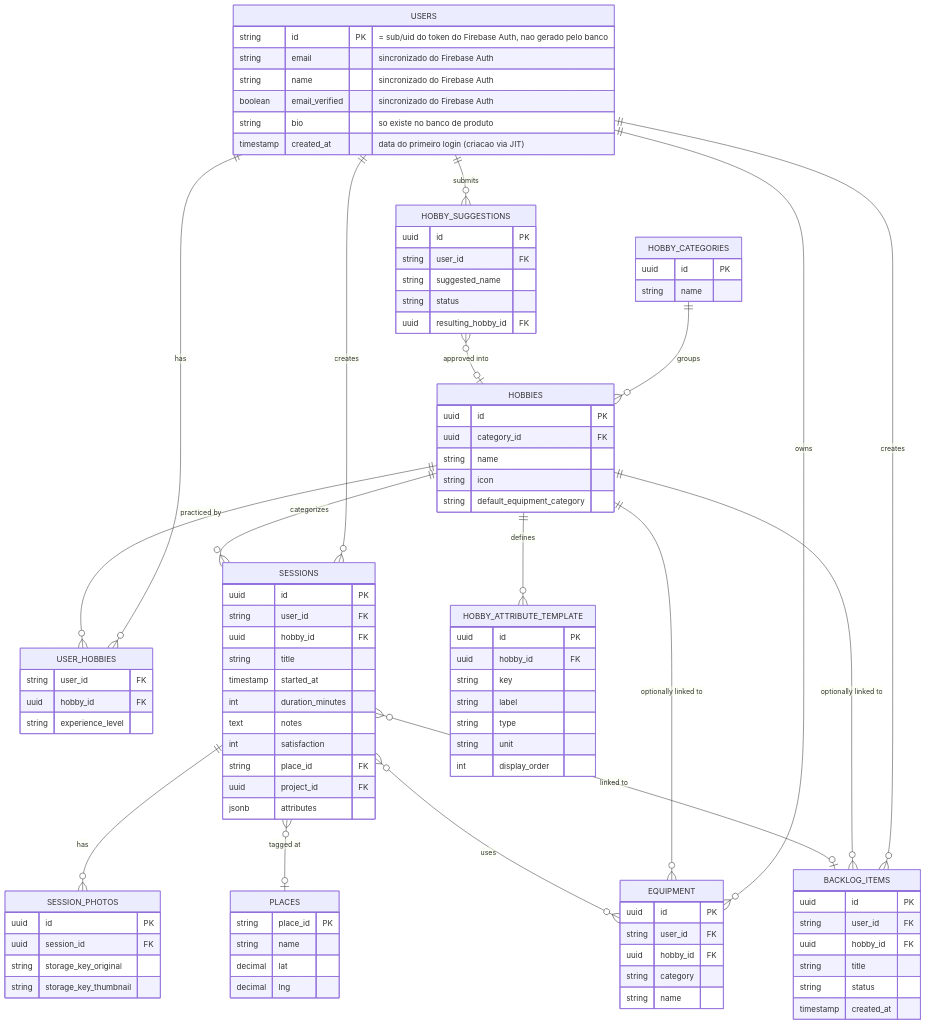
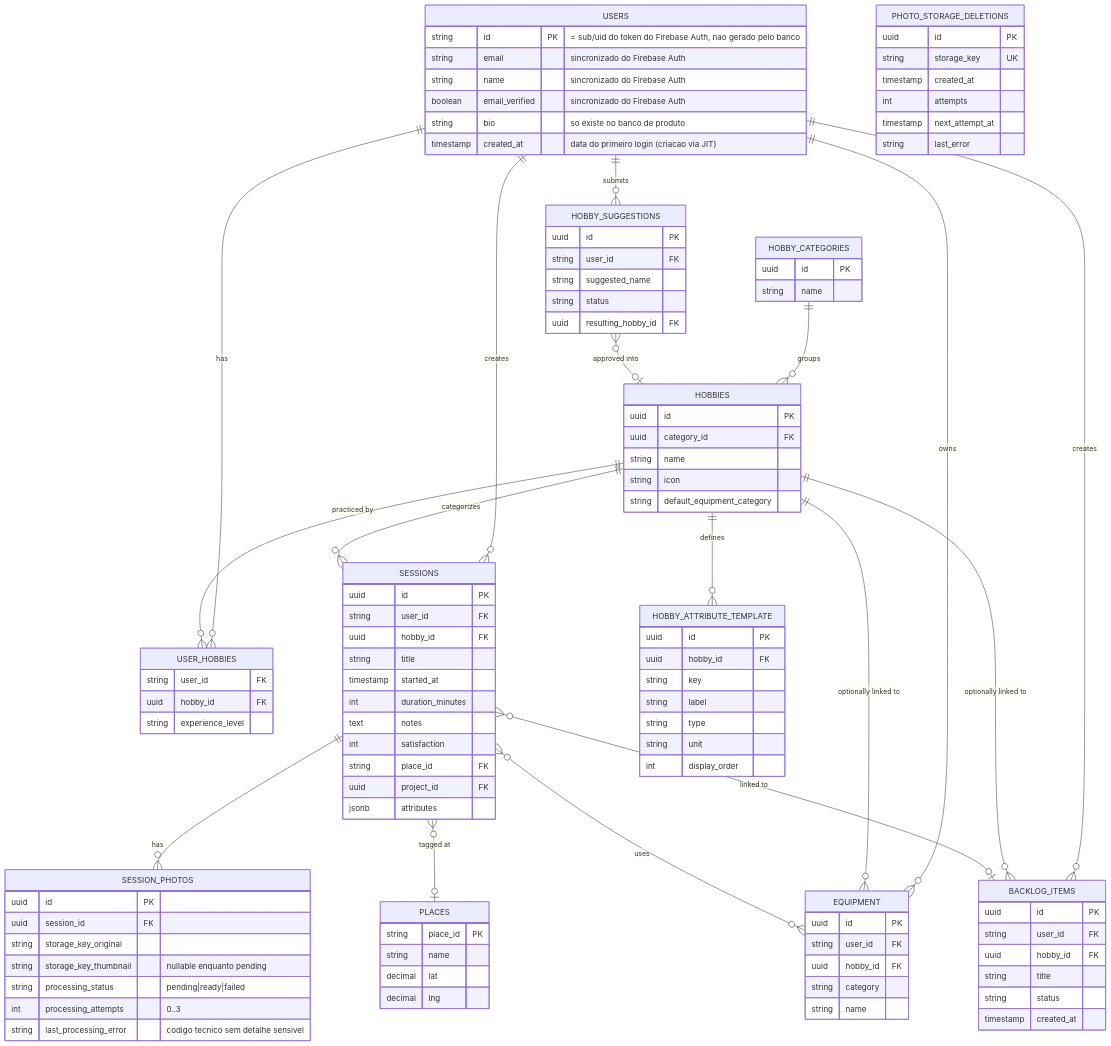
Before and after one commit to JoaoDallagnol/hobby-saas-backend: the first of 2 diagrams in docs/modelagem-banco-dados.md, drawn with Mermaid. The commit also changed other lines of this file and 76 other files, not shown here.

```diff
--- a/docs/modelagem-banco-dados.md
+++ b/docs/modelagem-banco-dados.md
@@ -84,7 +84,19 @@
         uuid id PK
         uuid session_id FK
         string storage_key_original
-        string storage_key_thumbnail
+        string storage_key_thumbnail "nullable enquanto pending"
+        string processing_status "pending|ready|failed"
+        int processing_attempts "0..3"
+        string last_processing_error "codigo tecnico sem detalhe sensivel"
+    }
+
+    PHOTO_STORAGE_DELETIONS {
+        uuid id PK
+        string storage_key UK
+        timestamp created_at
+        int attempts
+        timestamp next_attempt_at
+        string last_error
     }
 
     PLACES {
```
